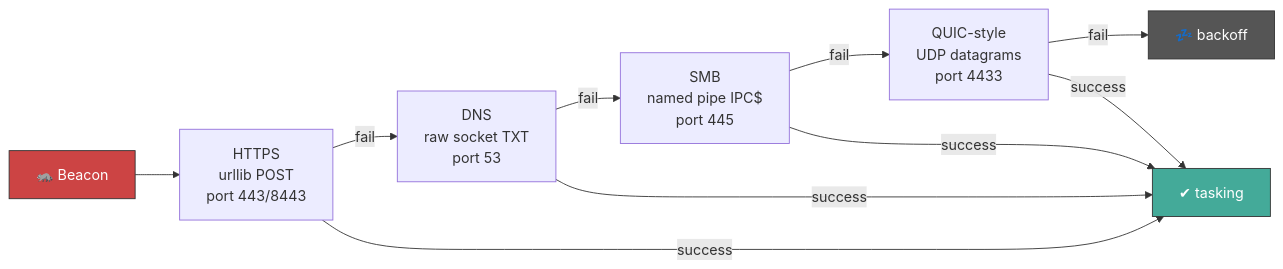
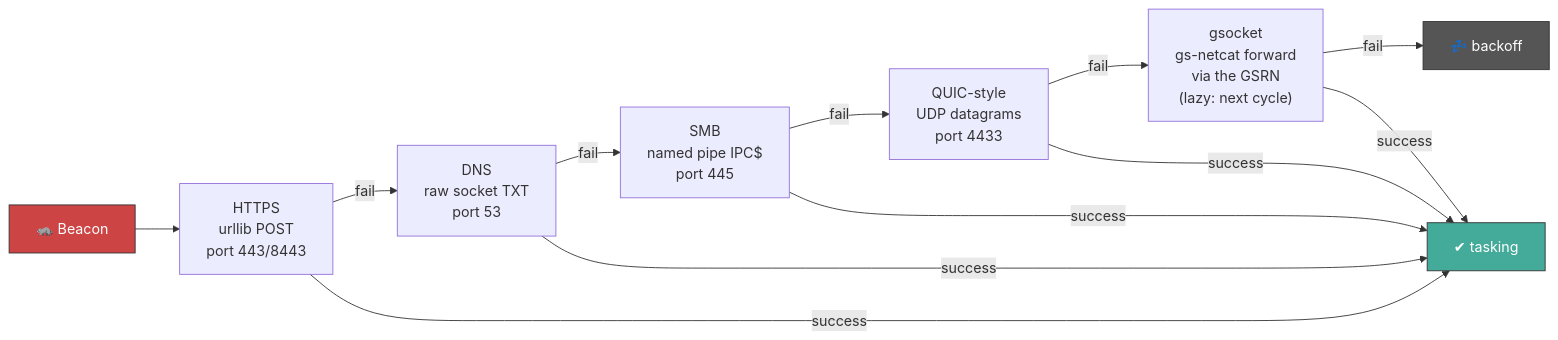
Before and after one commit to BenjiTrapp/TrashPandaPaws: the eighth of 12 diagrams in README.md, drawn with Mermaid. The commit also changed other lines of this file and 10 other files, not shown here.

Commit message:
docs(gsocket): the GSRN cost, the shipped blocks, the unit and the limits

````diff
--- a/README.md
+++ b/README.md
@@ -618,17 +618,19 @@
 ```mermaid
 flowchart LR
     B["🦝 Beacon"] --> HTTPS["HTTPS<br/>urllib POST<br/>port 443/8443"]
     HTTPS -->|fail| DNS["DNS<br/>raw socket TXT<br/>port 53"]
     DNS -->|fail| SMB["SMB<br/>named pipe IPC$<br/>port 445"]
     SMB -->|fail| QUIC["QUIC-style<br/>UDP datagrams<br/>port 4433"]
-    QUIC -->|fail| SLEEP["💤 backoff"]
+    QUIC -->|fail| GS["gsocket<br/>gs-netcat forward<br/>via the GSRN<br/>(lazy: next cycle)"]
+    GS -->|fail| SLEEP["💤 backoff"]
 
     HTTPS -->|success| OK["✔ tasking"]
     DNS -->|success| OK
     SMB -->|success| OK
     QUIC -->|success| OK
+    GS -->|success| OK
 
     style B fill:#c44,stroke:#333,color:#fff
     style OK fill:#4a9,stroke:#333,color:#fff
     style SLEEP fill:#555,stroke:#333,color:#fff
 ```
````
